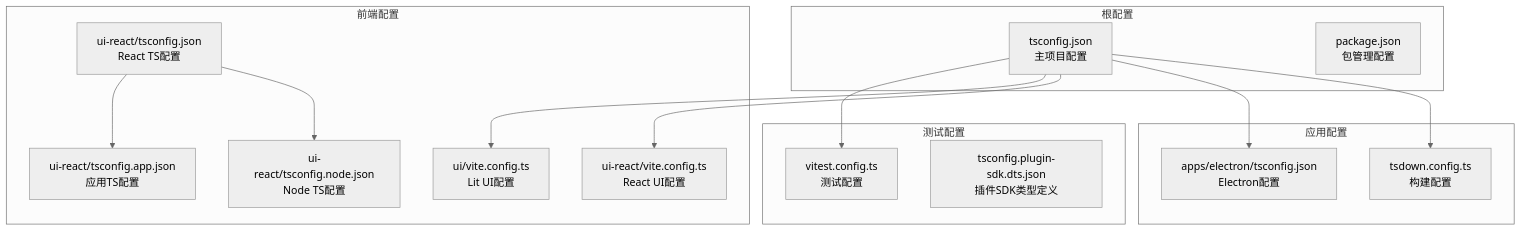
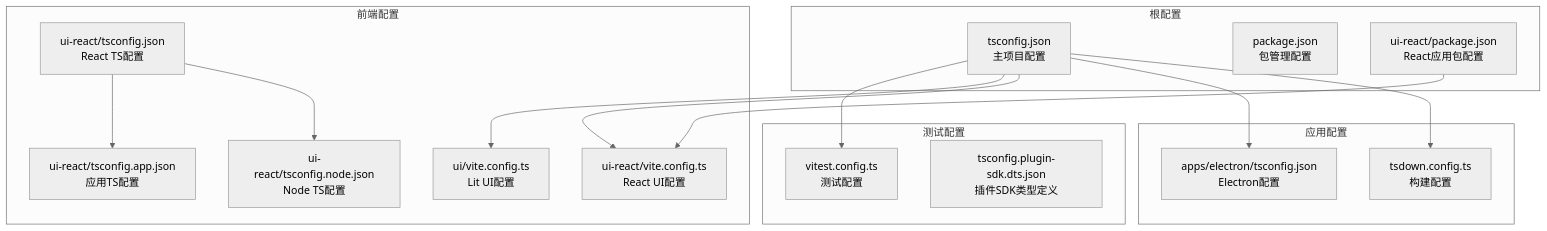
The first of 6 diagrams in .qoder/repowiki/zh/content/Typescript Configuration.md (verse-ai-org/openclaw), drawn with Mermaid (neutral theme) before and after one commit. The commit also changed other lines of this file and 13 other files, not shown here.

````diff
--- a/.qoder/repowiki/zh/content/Typescript Configuration.md
+++ b/.qoder/repowiki/zh/content/Typescript Configuration.md
@@ -43,29 +55,31 @@
 ```mermaid
 graph TB
 subgraph "根配置"
 Root[tsconfig.json<br/>主项目配置]
 Package[package.json<br/>包管理配置]
+ReactPackage[ui-react/package.json<br/>React应用包配置]
 end
 subgraph "测试配置"
 Vitest[vitest.config.ts<br/>测试配置]
 PluginDTS[tsconfig.plugin-sdk.dts.json<br/>插件SDK类型定义]
 end
 subgraph "前端配置"
 UI[ui/vite.config.ts<br/>Lit UI配置]
 ReactUI[ui-react/vite.config.ts<br/>React UI配置]
 ReactTS[ui-react/tsconfig.json<br/>React TS配置]
 AppTS[ui-react/tsconfig.app.json<br/>应用TS配置]
 NodeTS[ui-react/tsconfig.node.json<br/>Node TS配置]
 end
 subgraph "应用配置"
 Electron[apps/electron/tsconfig.json<br/>Electron配置]
 TSDown[tsdown.config.ts<br/>构建配置]
 end
 Root --> Vitest
 Root --> UI
 Root --> ReactUI
 Root --> Electron
 Root --> TSDown
+ReactPackage --> ReactUI
 ReactTS --> AppTS
 ReactTS --> NodeTS
 ```
````
